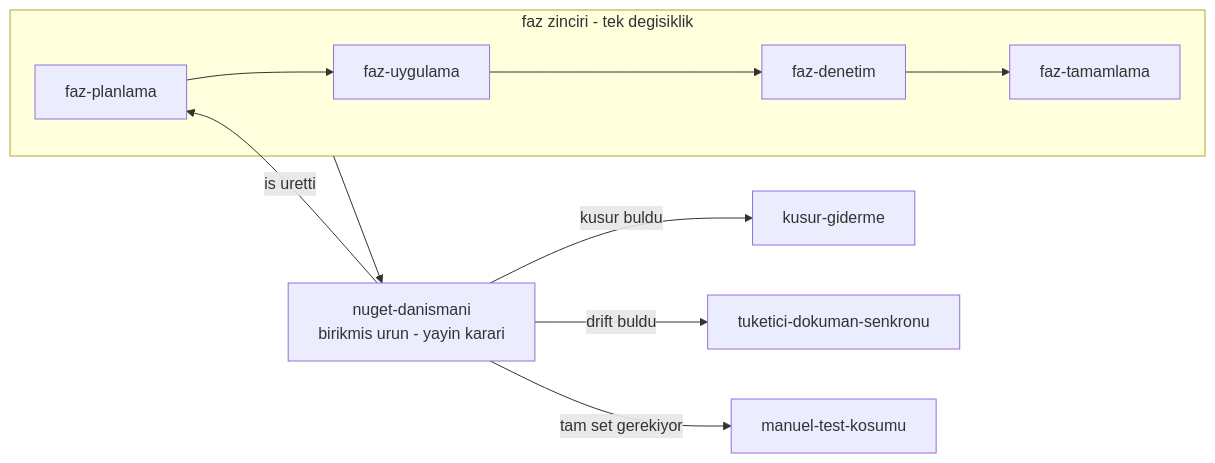
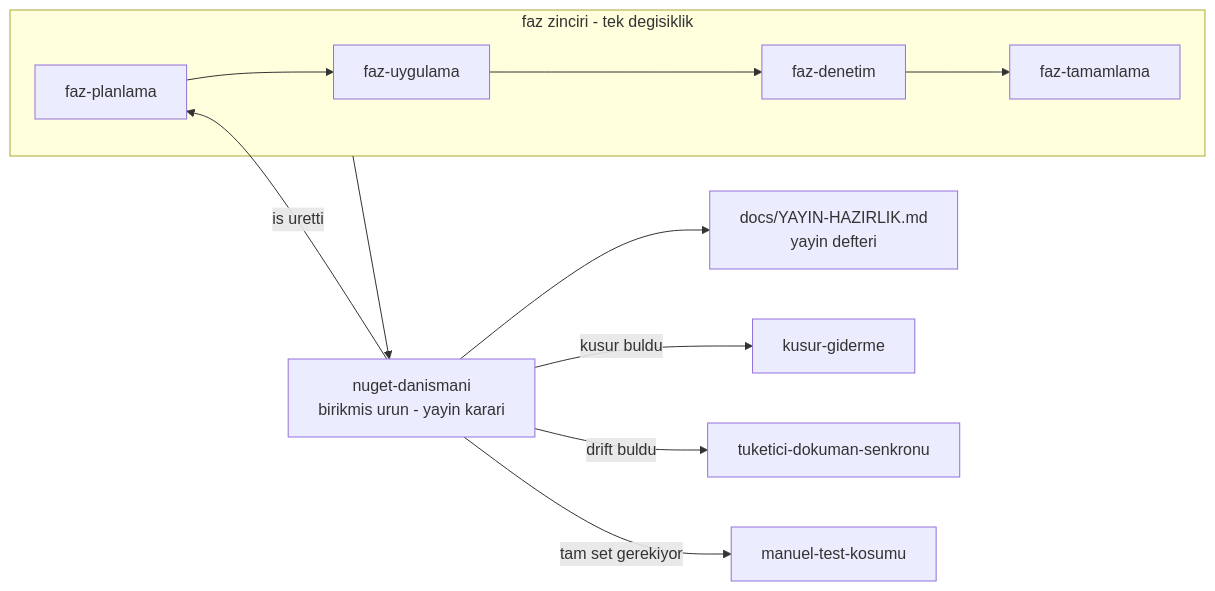
The diagram in .agents/skills/nuget-danismani/SKILL.md (farukatasoy/Tracon), drawn with Mermaid before and after one commit. The commit also changed other lines of this file and 9 other files, not shown here.

First line of the commit message:
docs: Update YAYIN-HAZIRLIK.md with latest status and findings for 1.0 release

````diff
--- a/.agents/skills/nuget-danismani/SKILL.md
+++ b/.agents/skills/nuget-danismani/SKILL.md
@@ -34,13 +39,14 @@
 ```mermaid
 flowchart LR
     accTitle: Yayin danismani ve faz zinciri
-    accDescr: Faz zinciri tek bir degisikligi kapatir. Yayin danismani zincirin ustunde durur, birikmis urunu olcer ve karar uretir. Bulgular geri besleme olarak faz planlama, kusur giderme ve dokuman senkronuna doner.
+    accDescr: Faz zinciri tek bir degisikligi kapatir. Yayin danismani zincirin ustunde durur, birikmis urunu olcer, yayin defterine yazar ve karar uretir. Bulgular faz planlama, kusur giderme ve dokuman senkronuna geri doner.
     subgraph Z["faz zinciri - tek degisiklik"]
         P["faz-planlama"] --> U["faz-uygulama"] --> D["faz-denetim"] --> T["faz-tamamlama"]
     end
     Z --> R["nuget-danismani<br/>birikmis urun - yayin karari"]
+    R --> L["docs/YAYIN-HAZIRLIK.md<br/>yayin defteri"]
     R -->|"is uretti"| P
     R -->|"kusur buldu"| K["kusur-giderme"]
     R -->|"drift buldu"| S["tuketici-dokuman-senkronu"]
     R -->|"tam set gerekiyor"| M["manuel-test-kosumu"]
 ```
````
